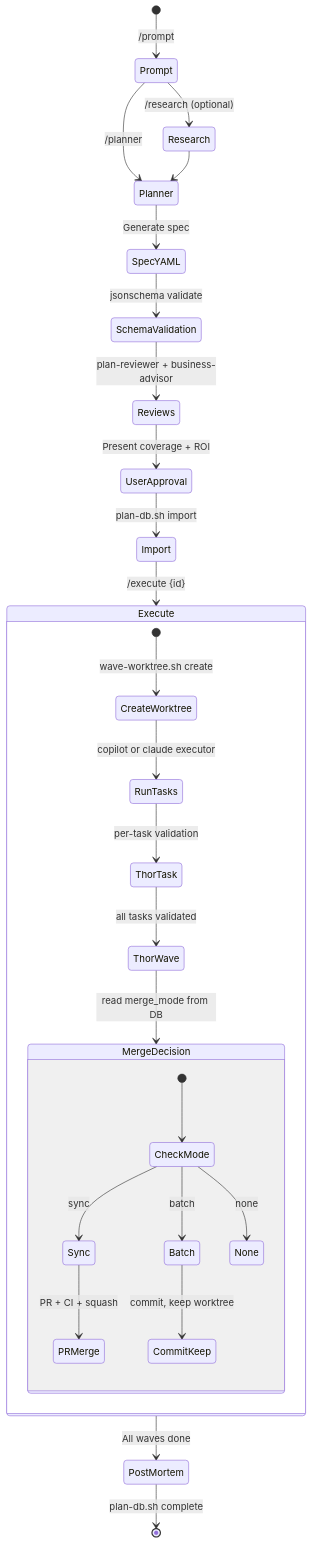
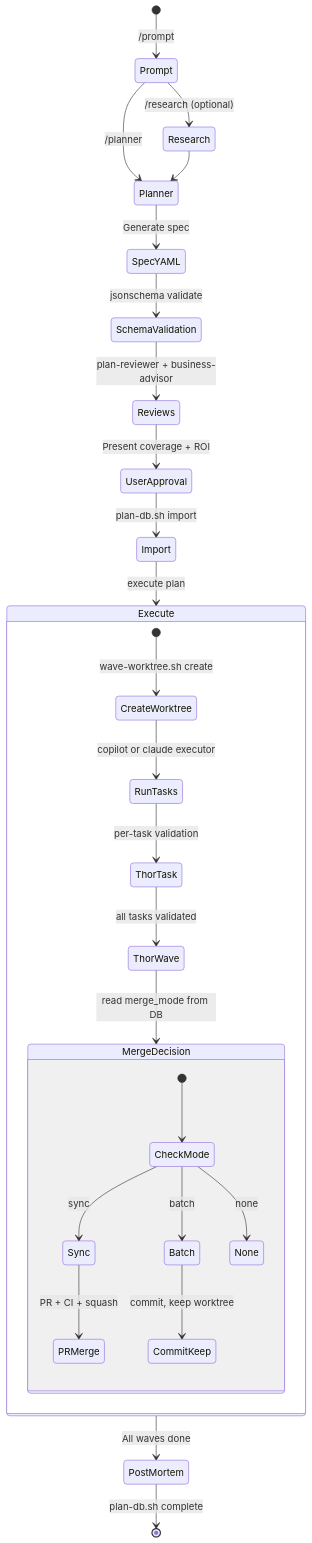
Before and after one commit to Roberdan/MyConvergio: the fifth of 6 diagrams in README.md, drawn with Mermaid. The commit also changed other lines of this file, not shown here.

Commit message:
fix: broken mermaid nodes in README (slash and curly braces)

````diff
--- a/README.md
+++ b/README.md
@@ -198,32 +198,32 @@
 ```mermaid
 stateDiagram-v2
     [*] --> Prompt: /prompt
     Prompt --> Research: /research (optional)
     Prompt --> Planner: /planner
     Research --> Planner
     Planner --> SpecYAML: Generate spec
     SpecYAML --> SchemaValidation: jsonschema validate
     SchemaValidation --> Reviews: plan-reviewer + business-advisor
     Reviews --> UserApproval: Present coverage + ROI
     UserApproval --> Import: plan-db.sh import
-    Import --> Execute: /execute {id}
+    Import --> Execute: execute plan
 
     state Execute {
         [*] --> CreateWorktree: wave-worktree.sh create
         CreateWorktree --> RunTasks: copilot or claude executor
         RunTasks --> ThorTask: per-task validation
         ThorTask --> ThorWave: all tasks validated
         ThorWave --> MergeDecision: read merge_mode from DB
 
         state MergeDecision {
             [*] --> CheckMode
             CheckMode --> Sync: sync
             CheckMode --> Batch: batch
             CheckMode --> None: none
             Sync --> PRMerge: PR + CI + squash
             Batch --> CommitKeep: commit, keep worktree
         }
     }
     Execute --> PostMortem: All waves done
     PostMortem --> [*]: plan-db.sh complete
 ```
````
